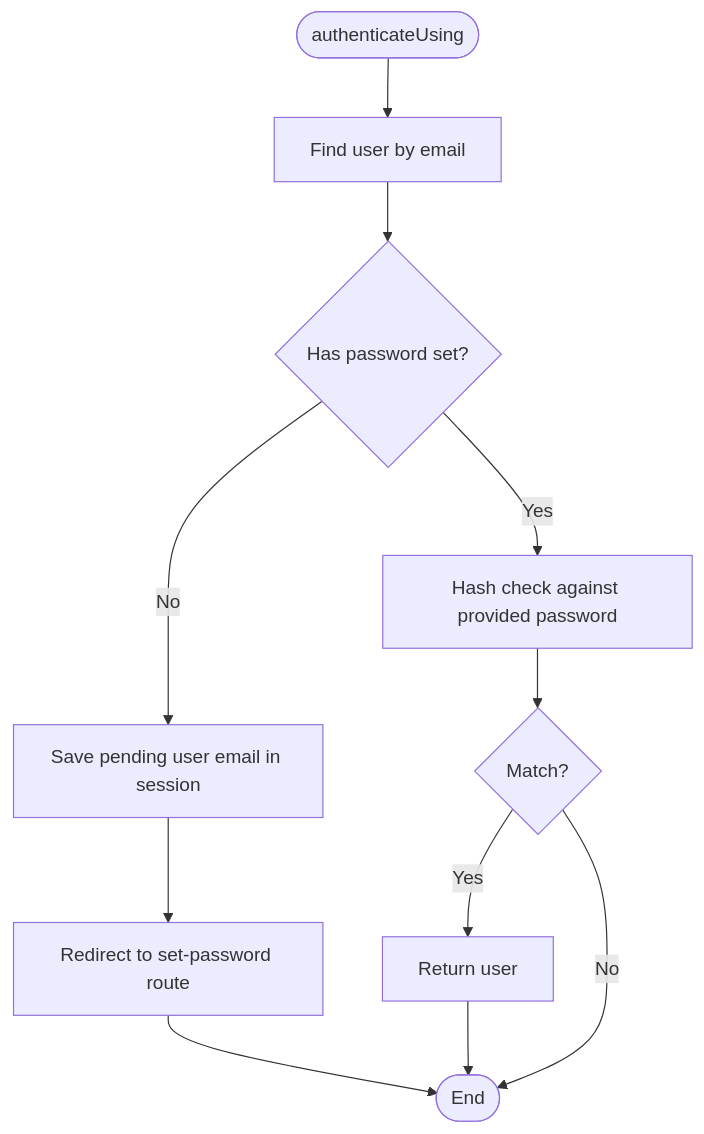
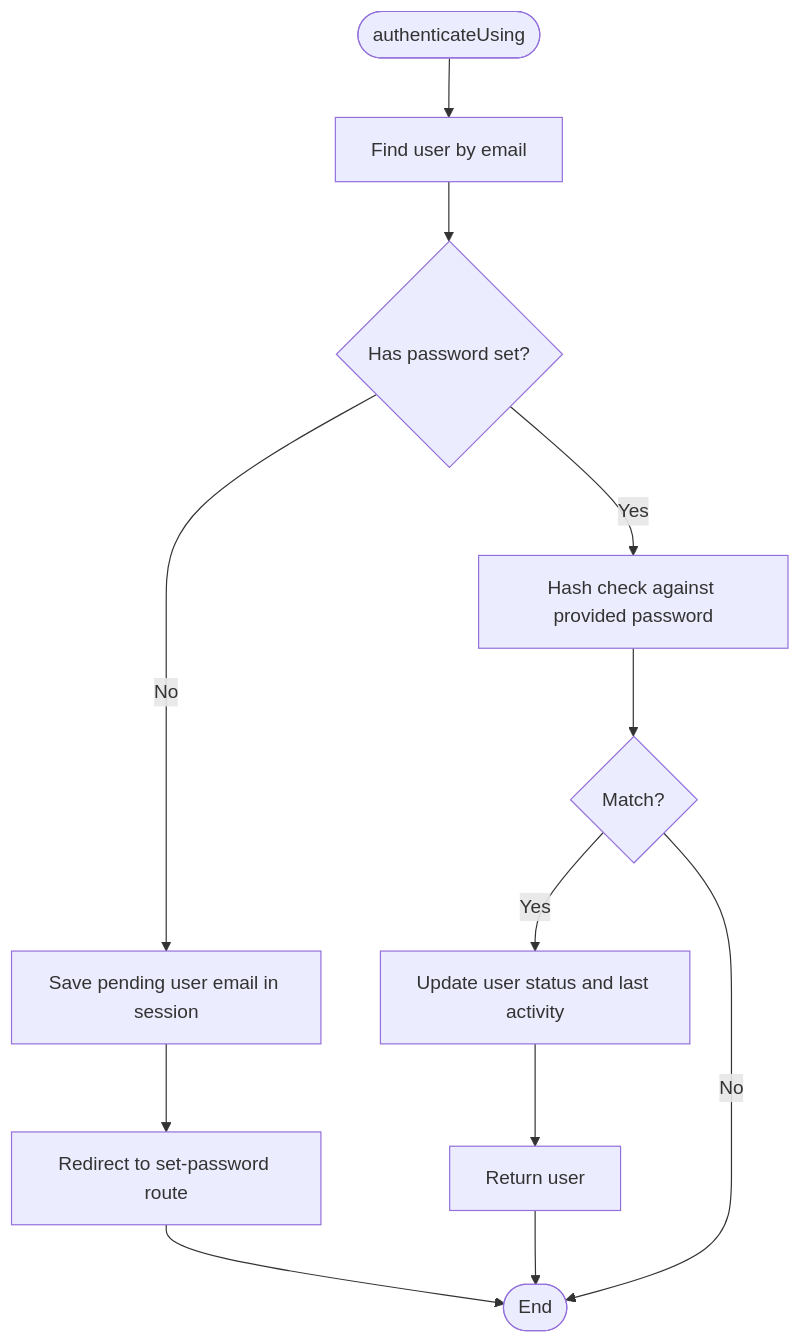
The third of 11 diagrams in .qoder/repowiki/en/content/Authentication & Authorization/Authentication & Authorization.md (younesgamer68/helpdesk-system), drawn with Mermaid before and after one commit. The commit also changed other lines of this file and 12 other files, not shown here.

````diff
--- a/.qoder/repowiki/en/content/Authentication & Authorization/Authentication & Authorization.md
+++ b/.qoder/repowiki/en/content/Authentication & Authorization/Authentication & Authorization.md
@@ -223,13 +261,14 @@
 ```mermaid
 flowchart TD
 Start(["authenticateUsing"]) --> FindUser["Find user by email"]
 FindUser --> HasPassword{"Has password set?"}
 HasPassword --> |No| SaveSession["Save pending user email in session"]
 SaveSession --> RedirectSetPwd["Redirect to set-password route"]
 HasPassword --> |Yes| CheckHash["Hash check against provided password"]
 CheckHash --> Match{"Match?"}
-Match --> |Yes| ReturnUser["Return user"]
+Match --> |Yes| UpdateStatus["Update user status and last activity"]
+UpdateStatus --> ReturnUser["Return user"]
 Match --> |No| End(["End"])
 RedirectSetPwd --> End
 ReturnUser --> End
 ```
````
